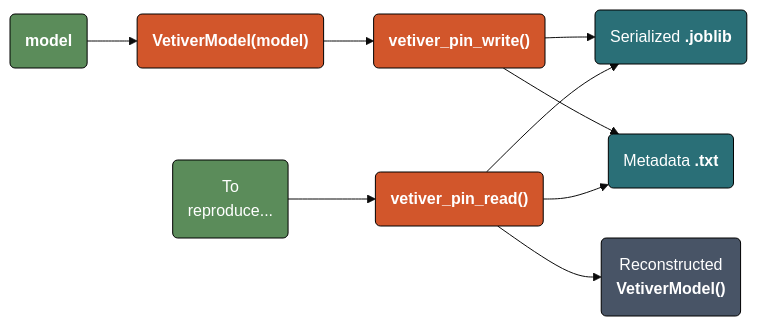
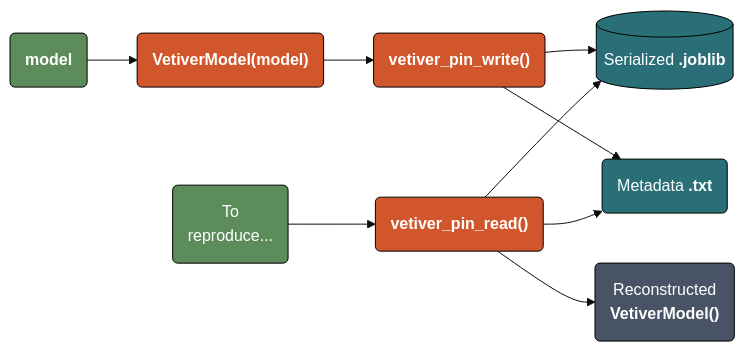
One commit to mjfrigaard/do4ds-labs changed the fourth of 5 diagrams in lab02.qmd. Above: the diagram before and after it, drawn with Mermaid. The commit also changed other lines of this file and 28 other files, not shown here.

Commit message:
updates to mermaids

````diff
--- a/lab02.qmd
+++ b/lab02.qmd
@@ -397,28 +398,28 @@
 ```{mermaid}
 %%| fig-cap: 'vetiver_pin_write()'
 %%| fig-align: 'center'
 %%{init: {'theme': 'base', 'themeVariables': {'fontFamily': 'monospace'}}}%%
 
 flowchart LR
     Mod("<strong>model</strong>") --> VetMod("<strong>VetiverModel(model)</strong>")
     VetMod --> VPW("<strong>vetiver_pin_write()</strong>")
-    VPW --> Joblib("Serialized <strong>.joblib</strong>")
+    VPW --> Joblib[("Serialized <strong>.joblib</strong>")]
     VPW --> Meta("Metadata <strong>.txt</strong>")
     
     Rep("To<br>reproduce...") --> VPR("<strong>vetiver_pin_read()</strong>")
     VPR --> Joblib
     VPR --> Meta
     VPR --> Recon("Reconstructed<br><strong>VetiverModel()</strong>")
 
     %% Style for outputs %%
     style Mod fill:#5B8C5A,stroke:#000000,stroke-width:1px,color:#ffffff
     style VetMod fill:#D2562B,stroke:#000000,stroke-width:1px,color:#ffffff
     style VPW fill:#D2562B,stroke:#000000,stroke-width:1px,color:#ffffff
     style Joblib fill:#2A6F77,stroke:#000000,stroke-width:1px,color:#ffffff
     style Meta fill:#2A6F77,stroke:#000000,stroke-width:1px,color:#ffffff
     style Rep fill:#5B8C5A,stroke:#000000,stroke-width:1px,color:#ffffff
     style VPR fill:#D2562B,stroke:#000000,stroke-width:1px,color:#ffffff
     style Recon fill:#485466,stroke:#000000,stroke-width:1px,color:#ffffff
 
 
 ```
````
